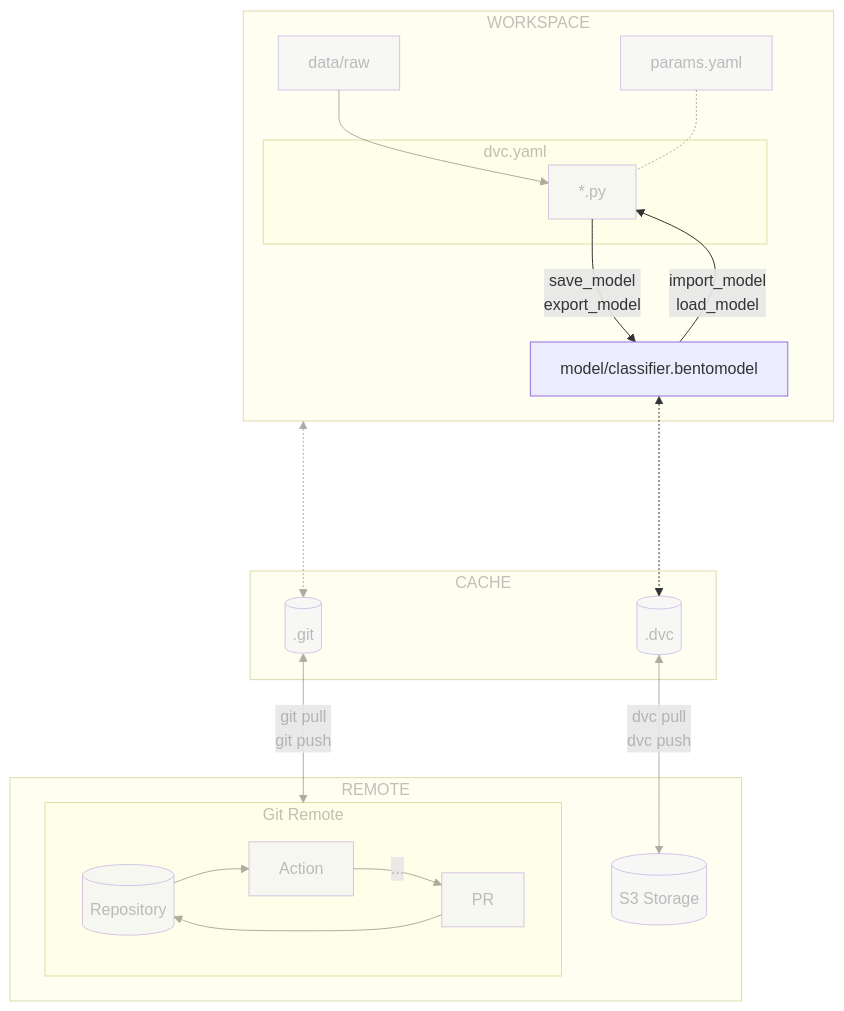
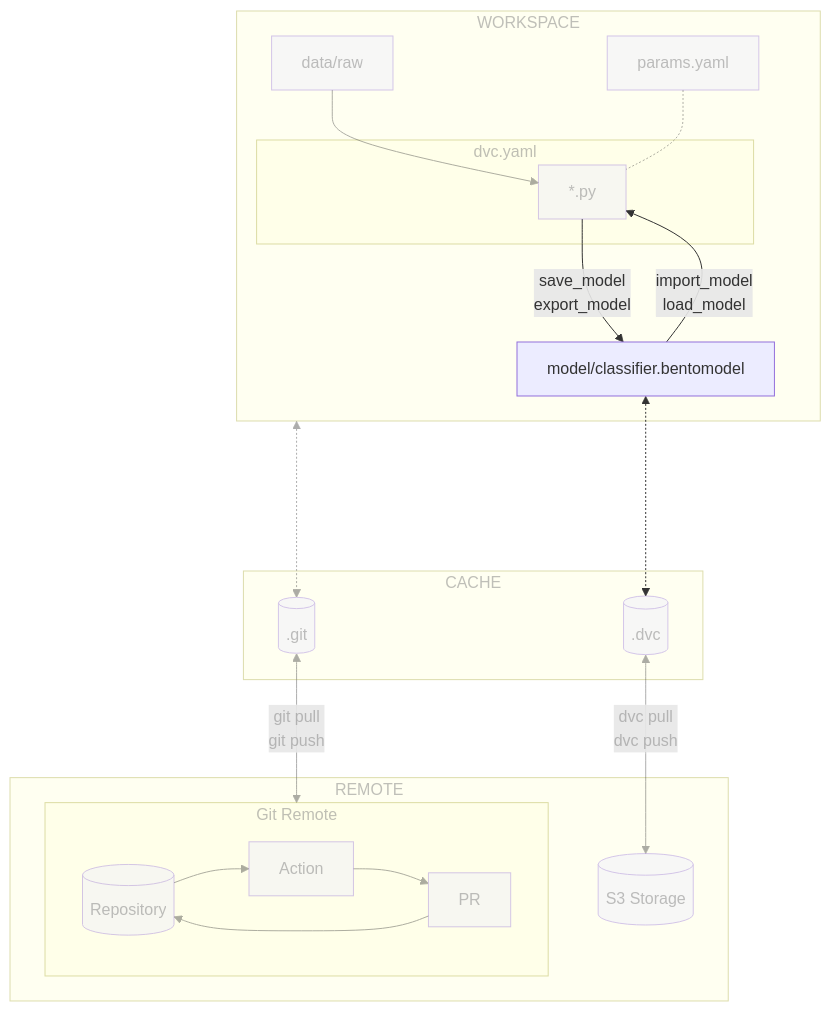
The diagram in docs/part-3-serve-and-deploy-the-model/chapter-11-save-and-load-the-model-with-bentoml.md (swiss-ai-center/a-guide-to-mlops), drawn with Mermaid before and after one commit. The commit also changed other lines of this file and 29 other files, not shown here.

````diff
--- a/docs/part-3-serve-and-deploy-the-model/chapter-11-save-and-load-the-model-with-bentoml.md
+++ b/docs/part-3-serve-and-deploy-the-model/chapter-11-save-and-load-the-model-with-bentoml.md
@@ -24,52 +24,52 @@
 ```mermaid
 flowchart TB
     dot_dvc[(.dvc)] <-->|dvc pull\ndvc push| s3_storage[(S3 Storage)]
     dot_git[(.git)] <-->|git pull\ngit push| gitGraph[Git Remote]
     workspaceGraph <-....-> dot_git
     data[data/raw]
     subgraph remoteGraph[REMOTE]
         s3_storage
         subgraph gitGraph[Git Remote]
             repository[(Repository)] --> action[Action]
-            action[Action] --> |...|request[PR]
+            action[Action] --> request[PR]
             request --> repository[(Repository)]
         end
     end
     subgraph cacheGraph[CACHE]
         dot_dvc
         dot_git
     end
     subgraph workspaceGraph[WORKSPACE]
         data --> code[*.py]
         subgraph dvcGraph["dvc.yaml"]
             code
         end
         params[params.yaml] -.- code
         bento_model[model/classifier.bentomodel]
         bento_model <-.-> dot_dvc
         code --> |save_model\nexport_model|bento_model
         bento_model --> |import_model\nload_model|code
     end
     style workspaceGraph opacity:0.4,color:#7f7f7f80
     style dvcGraph opacity:0.4,color:#7f7f7f80
     style cacheGraph opacity:0.4,color:#7f7f7f80
     style data opacity:0.4,color:#7f7f7f80
     style dot_git opacity:0.4,color:#7f7f7f80
     style dot_dvc opacity:0.4,color:#7f7f7f80
     style code opacity:0.4,color:#7f7f7f80
     style params opacity:0.4,color:#7f7f7f80
     style s3_storage opacity:0.4,color:#7f7f7f80
     style repository opacity:0.4,color:#7f7f7f80
     style action opacity:0.4,color:#7f7f7f80
     style request opacity:0.4,color:#7f7f7f80
     style remoteGraph opacity:0.4,color:#7f7f7f80
     style gitGraph opacity:0.4,color:#7f7f7f80
     linkStyle 0 opacity:0.4,color:#7f7f7f80
     linkStyle 1 opacity:0.4,color:#7f7f7f80
     linkStyle 2 opacity:0.4,color:#7f7f7f80
     linkStyle 3 opacity:0.4,color:#7f7f7f80
     linkStyle 4 opacity:0.4,color:#7f7f7f80
     linkStyle 5 opacity:0.4,color:#7f7f7f80
     linkStyle 6 opacity:0.4,color:#7f7f7f80
     linkStyle 7 opacity:0.4,color:#7f7f7f80
 ```
````
